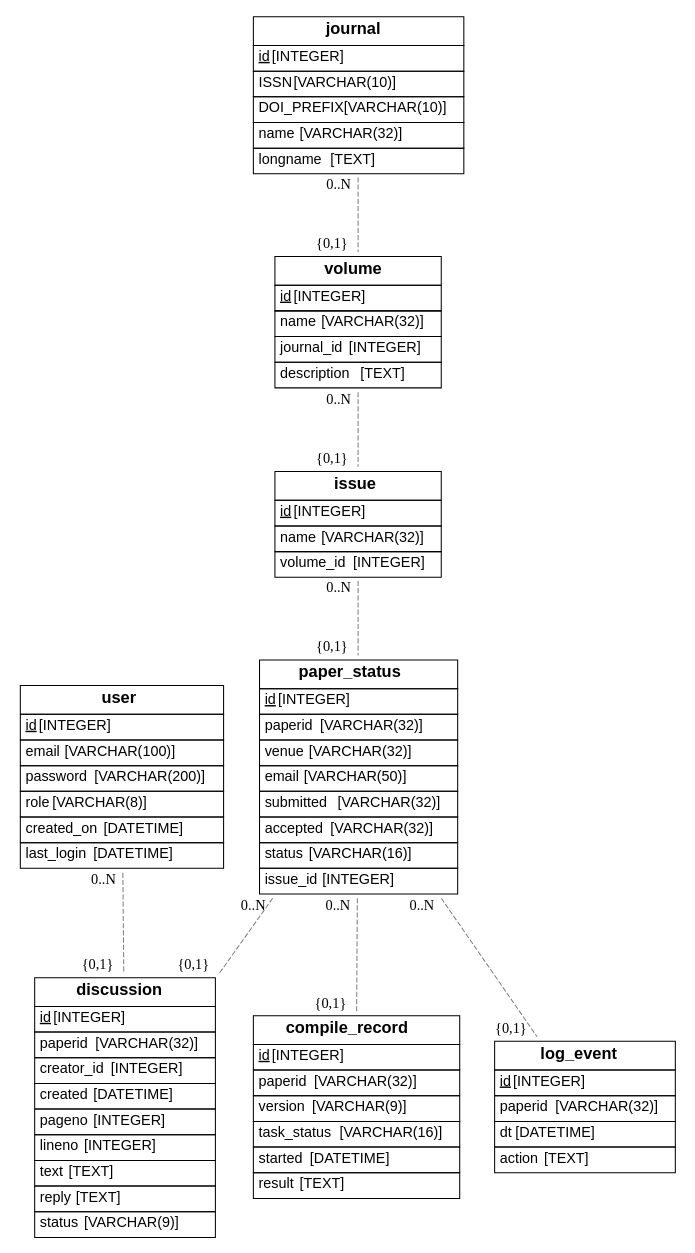
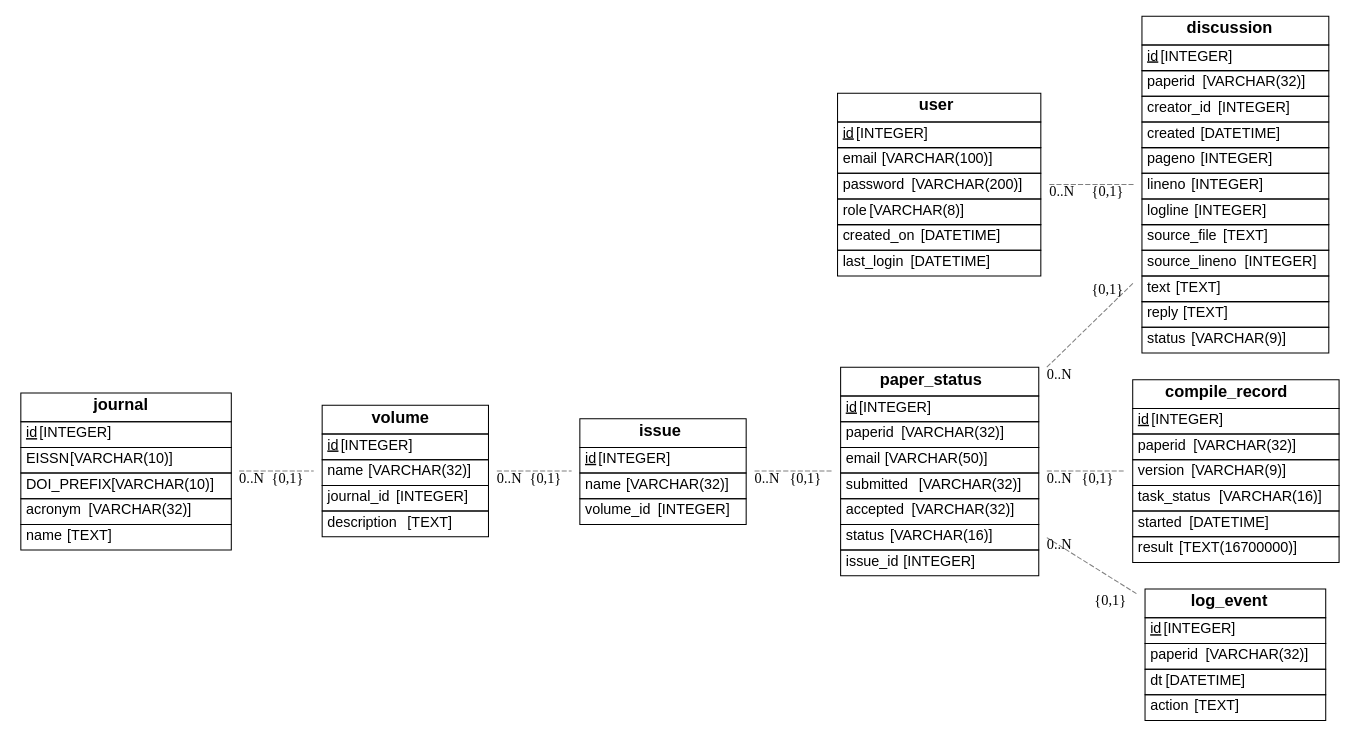
The diagram in db_erd.dot (IACR/latex-submit), drawn with Graphviz before and after one commit. The commit also changed 6 other files, not shown here.

```diff
--- a/db_erd.dot
+++ b/db_erd.dot
@@ -1,26 +1,26 @@
  graph {
-    graph [rankdir=TB];
+    graph [rankdir=LR];
     node [label="\N",
         shape=plaintext
     ];
     edge [color=gray50,
         minlen=2,
         style=dashed
     ];
 
-"compile_record" [label=<<FONT FACE="Helvetica"><TABLE BORDER="0" CELLBORDER="1" CELLPADDING="4" CELLSPACING="0"><TR><TD><B><FONT POINT-SIZE="16">compile_record</FONT></B></TD></TR><TR><TD ALIGN="LEFT"><u><FONT>id</FONT></u><FONT> [INTEGER]</FONT></TD></TR><TR><TD ALIGN="LEFT"><FONT>paperid</FONT><FONT> [VARCHAR(32)]</FONT></TD></TR><TR><TD ALIGN="LEFT"><FONT>version</FONT><FONT> [VARCHAR(9)]</FONT></TD></TR><TR><TD ALIGN="LEFT"><FONT>task_status</FONT><FONT> [VARCHAR(16)]</FONT></TD></TR><TR><TD ALIGN="LEFT"><FONT>started</FONT><FONT> [DATETIME]</FONT></TD></TR><TR><TD ALIGN="LEFT"><FONT>result</FONT><FONT> [TEXT]</FONT></TD></TR></TABLE></FONT>>];
-"paper_status" [label=<<FONT FACE="Helvetica"><TABLE BORDER="0" CELLBORDER="1" CELLPADDING="4" CELLSPACING="0"><TR><TD><B><FONT POINT-SIZE="16">paper_status</FONT></B></TD></TR><TR><TD ALIGN="LEFT"><u><FONT>id</FONT></u><FONT> [INTEGER]</FONT></TD></TR><TR><TD ALIGN="LEFT"><FONT>paperid</FONT><FONT> [VARCHAR(32)]</FONT></TD></TR><TR><TD ALIGN="LEFT"><FONT>venue</FONT><FONT> [VARCHAR(32)]</FONT></TD></TR><TR><TD ALIGN="LEFT"><FONT>email</FONT><FONT> [VARCHAR(50)]</FONT></TD></TR><TR><TD ALIGN="LEFT"><FONT>submitted</FONT><FONT> [VARCHAR(32)]</FONT></TD></TR><TR><TD ALIGN="LEFT"><FONT>accepted</FONT><FONT> [VARCHAR(32)]</FONT></TD></TR><TR><TD ALIGN="LEFT"><FONT>status</FONT><FONT> [VARCHAR(16)]</FONT></TD></TR><TR><TD ALIGN="LEFT"><FONT>issue_id</FONT><FONT> [INTEGER]</FONT></TD></TR></TABLE></FONT>>];
+"compile_record" [label=<<FONT FACE="Helvetica"><TABLE BORDER="0" CELLBORDER="1" CELLPADDING="4" CELLSPACING="0"><TR><TD><B><FONT POINT-SIZE="16">compile_record</FONT></B></TD></TR><TR><TD ALIGN="LEFT"><u><FONT>id</FONT></u><FONT> [INTEGER]</FONT></TD></TR><TR><TD ALIGN="LEFT"><FONT>paperid</FONT><FONT> [VARCHAR(32)]</FONT></TD></TR><TR><TD ALIGN="LEFT"><FONT>version</FONT><FONT> [VARCHAR(9)]</FONT></TD></TR><TR><TD ALIGN="LEFT"><FONT>task_status</FONT><FONT> [VARCHAR(16)]</FONT></TD></TR><TR><TD ALIGN="LEFT"><FONT>started</FONT><FONT> [DATETIME]</FONT></TD></TR><TR><TD ALIGN="LEFT"><FONT>result</FONT><FONT> [TEXT(16700000)]</FONT></TD></TR></TABLE></FONT>>];
+"paper_status" [label=<<FONT FACE="Helvetica"><TABLE BORDER="0" CELLBORDER="1" CELLPADDING="4" CELLSPACING="0"><TR><TD><B><FONT POINT-SIZE="16">paper_status</FONT></B></TD></TR><TR><TD ALIGN="LEFT"><u><FONT>id</FONT></u><FONT> [INTEGER]</FONT></TD></TR><TR><TD ALIGN="LEFT"><FONT>paperid</FONT><FONT> [VARCHAR(32)]</FONT></TD></TR><TR><TD ALIGN="LEFT"><FONT>email</FONT><FONT> [VARCHAR(50)]</FONT></TD></TR><TR><TD ALIGN="LEFT"><FONT>submitted</FONT><FONT> [VARCHAR(32)]</FONT></TD></TR><TR><TD ALIGN="LEFT"><FONT>accepted</FONT><FONT> [VARCHAR(32)]</FONT></TD></TR><TR><TD ALIGN="LEFT"><FONT>status</FONT><FONT> [VARCHAR(16)]</FONT></TD></TR><TR><TD ALIGN="LEFT"><FONT>issue_id</FONT><FONT> [INTEGER]</FONT></TD></TR></TABLE></FONT>>];
 "issue" [label=<<FONT FACE="Helvetica"><TABLE BORDER="0" CELLBORDER="1" CELLPADDING="4" CELLSPACING="0"><TR><TD><B><FONT POINT-SIZE="16">issue</FONT></B></TD></TR><TR><TD ALIGN="LEFT"><u><FONT>id</FONT></u><FONT> [INTEGER]</FONT></TD></TR><TR><TD ALIGN="LEFT"><FONT>name</FONT><FONT> [VARCHAR(32)]</FONT></TD></TR><TR><TD ALIGN="LEFT"><FONT>volume_id</FONT><FONT> [INTEGER]</FONT></TD></TR></TABLE></FONT>>];
 "volume" [label=<<FONT FACE="Helvetica"><TABLE BORDER="0" CELLBORDER="1" CELLPADDING="4" CELLSPACING="0"><TR><TD><B><FONT POINT-SIZE="16">volume</FONT></B></TD></TR><TR><TD ALIGN="LEFT"><u><FONT>id</FONT></u><FONT> [INTEGER]</FONT></TD></TR><TR><TD ALIGN="LEFT"><FONT>name</FONT><FONT> [VARCHAR(32)]</FONT></TD></TR><TR><TD ALIGN="LEFT"><FONT>journal_id</FONT><FONT> [INTEGER]</FONT></TD></TR><TR><TD ALIGN="LEFT"><FONT>description</FONT><FONT> [TEXT]</FONT></TD></TR></TABLE></FONT>>];
-"journal" [label=<<FONT FACE="Helvetica"><TABLE BORDER="0" CELLBORDER="1" CELLPADDING="4" CELLSPACING="0"><TR><TD><B><FONT POINT-SIZE="16">journal</FONT></B></TD></TR><TR><TD ALIGN="LEFT"><u><FONT>id</FONT></u><FONT> [INTEGER]</FONT></TD></TR><TR><TD ALIGN="LEFT"><FONT>ISSN</FONT><FONT> [VARCHAR(10)]</FONT></TD></TR><TR><TD ALIGN="LEFT"><FONT>DOI_PREFIX</FONT><FONT> [VARCHAR(10)]</FONT></TD></TR><TR><TD ALIGN="LEFT"><FONT>name</FONT><FONT> [VARCHAR(32)]</FONT></TD></TR><TR><TD ALIGN="LEFT"><FONT>longname</FONT><FONT> [TEXT]</FONT></TD></TR></TABLE></FONT>>];
-"discussion" [label=<<FONT FACE="Helvetica"><TABLE BORDER="0" CELLBORDER="1" CELLPADDING="4" CELLSPACING="0"><TR><TD><B><FONT POINT-SIZE="16">discussion</FONT></B></TD></TR><TR><TD ALIGN="LEFT"><u><FONT>id</FONT></u><FONT> [INTEGER]</FONT></TD></TR><TR><TD ALIGN="LEFT"><FONT>paperid</FONT><FONT> [VARCHAR(32)]</FONT></TD></TR><TR><TD ALIGN="LEFT"><FONT>creator_id</FONT><FONT> [INTEGER]</FONT></TD></TR><TR><TD ALIGN="LEFT"><FONT>created</FONT><FONT> [DATETIME]</FONT></TD></TR><TR><TD ALIGN="LEFT"><FONT>pageno</FONT><FONT> [INTEGER]</FONT></TD></TR><TR><TD ALIGN="LEFT"><FONT>lineno</FONT><FONT> [INTEGER]</FONT></TD></TR><TR><TD ALIGN="LEFT"><FONT>text</FONT><FONT> [TEXT]</FONT></TD></TR><TR><TD ALIGN="LEFT"><FONT>reply</FONT><FONT> [TEXT]</FONT></TD></TR><TR><TD ALIGN="LEFT"><FONT>status</FONT><FONT> [VARCHAR(9)]</FONT></TD></TR></TABLE></FONT>>];
+"journal" [label=<<FONT FACE="Helvetica"><TABLE BORDER="0" CELLBORDER="1" CELLPADDING="4" CELLSPACING="0"><TR><TD><B><FONT POINT-SIZE="16">journal</FONT></B></TD></TR><TR><TD ALIGN="LEFT"><u><FONT>id</FONT></u><FONT> [INTEGER]</FONT></TD></TR><TR><TD ALIGN="LEFT"><FONT>EISSN</FONT><FONT> [VARCHAR(10)]</FONT></TD></TR><TR><TD ALIGN="LEFT"><FONT>DOI_PREFIX</FONT><FONT> [VARCHAR(10)]</FONT></TD></TR><TR><TD ALIGN="LEFT"><FONT>acronym</FONT><FONT> [VARCHAR(32)]</FONT></TD></TR><TR><TD ALIGN="LEFT"><FONT>name</FONT><FONT> [TEXT]</FONT></TD></TR></TABLE></FONT>>];
+"discussion" [label=<<FONT FACE="Helvetica"><TABLE BORDER="0" CELLBORDER="1" CELLPADDING="4" CELLSPACING="0"><TR><TD><B><FONT POINT-SIZE="16">discussion</FONT></B></TD></TR><TR><TD ALIGN="LEFT"><u><FONT>id</FONT></u><FONT> [INTEGER]</FONT></TD></TR><TR><TD ALIGN="LEFT"><FONT>paperid</FONT><FONT> [VARCHAR(32)]</FONT></TD></TR><TR><TD ALIGN="LEFT"><FONT>creator_id</FONT><FONT> [INTEGER]</FONT></TD></TR><TR><TD ALIGN="LEFT"><FONT>created</FONT><FONT> [DATETIME]</FONT></TD></TR><TR><TD ALIGN="LEFT"><FONT>pageno</FONT><FONT> [INTEGER]</FONT></TD></TR><TR><TD ALIGN="LEFT"><FONT>lineno</FONT><FONT> [INTEGER]</FONT></TD></TR><TR><TD ALIGN="LEFT"><FONT>logline</FONT><FONT> [INTEGER]</FONT></TD></TR><TR><TD ALIGN="LEFT"><FONT>source_file</FONT><FONT> [TEXT]</FONT></TD></TR><TR><TD ALIGN="LEFT"><FONT>source_lineno</FONT><FONT> [INTEGER]</FONT></TD></TR><TR><TD ALIGN="LEFT"><FONT>text</FONT><FONT> [TEXT]</FONT></TD></TR><TR><TD ALIGN="LEFT"><FONT>reply</FONT><FONT> [TEXT]</FONT></TD></TR><TR><TD ALIGN="LEFT"><FONT>status</FONT><FONT> [VARCHAR(9)]</FONT></TD></TR></TABLE></FONT>>];
 "user" [label=<<FONT FACE="Helvetica"><TABLE BORDER="0" CELLBORDER="1" CELLPADDING="4" CELLSPACING="0"><TR><TD><B><FONT POINT-SIZE="16">user</FONT></B></TD></TR><TR><TD ALIGN="LEFT"><u><FONT>id</FONT></u><FONT> [INTEGER]</FONT></TD></TR><TR><TD ALIGN="LEFT"><FONT>email</FONT><FONT> [VARCHAR(100)]</FONT></TD></TR><TR><TD ALIGN="LEFT"><FONT>password</FONT><FONT> [VARCHAR(200)]</FONT></TD></TR><TR><TD ALIGN="LEFT"><FONT>role</FONT><FONT> [VARCHAR(8)]</FONT></TD></TR><TR><TD ALIGN="LEFT"><FONT>created_on</FONT><FONT> [DATETIME]</FONT></TD></TR><TR><TD ALIGN="LEFT"><FONT>last_login</FONT><FONT> [DATETIME]</FONT></TD></TR></TABLE></FONT>>];
 "log_event" [label=<<FONT FACE="Helvetica"><TABLE BORDER="0" CELLBORDER="1" CELLPADDING="4" CELLSPACING="0"><TR><TD><B><FONT POINT-SIZE="16">log_event</FONT></B></TD></TR><TR><TD ALIGN="LEFT"><u><FONT>id</FONT></u><FONT> [INTEGER]</FONT></TD></TR><TR><TD ALIGN="LEFT"><FONT>paperid</FONT><FONT> [VARCHAR(32)]</FONT></TD></TR><TR><TD ALIGN="LEFT"><FONT>dt</FONT><FONT> [DATETIME]</FONT></TD></TR><TR><TD ALIGN="LEFT"><FONT>action</FONT><FONT> [TEXT]</FONT></TD></TR></TABLE></FONT>>];
 "paper_status" -- "compile_record" [taillabel=<<FONT>0..N</FONT>>,headlabel=<<FONT>{0,1}</FONT>>];
 "issue" -- "paper_status" [taillabel=<<FONT>0..N</FONT>>,headlabel=<<FONT>{0,1}</FONT>>];
 "volume" -- "issue" [taillabel=<<FONT>0..N</FONT>>,headlabel=<<FONT>{0,1}</FONT>>];
 "journal" -- "volume" [taillabel=<<FONT>0..N</FONT>>,headlabel=<<FONT>{0,1}</FONT>>];
+"paper_status" -- "discussion" [taillabel=<<FONT>0..N</FONT>>,headlabel=<<FONT>{0,1}</FONT>>];
 "user" -- "discussion" [taillabel=<<FONT>0..N</FONT>>,headlabel=<<FONT>{0,1}</FONT>>];
-"paper_status" -- "discussion" [taillabel=<<FONT>0..N</FONT>>,headlabel=<<FONT>{0,1}</FONT>>];
 "paper_status" -- "log_event" [taillabel=<<FONT>0..N</FONT>>,headlabel=<<FONT>{0,1}</FONT>>];
 }
```
